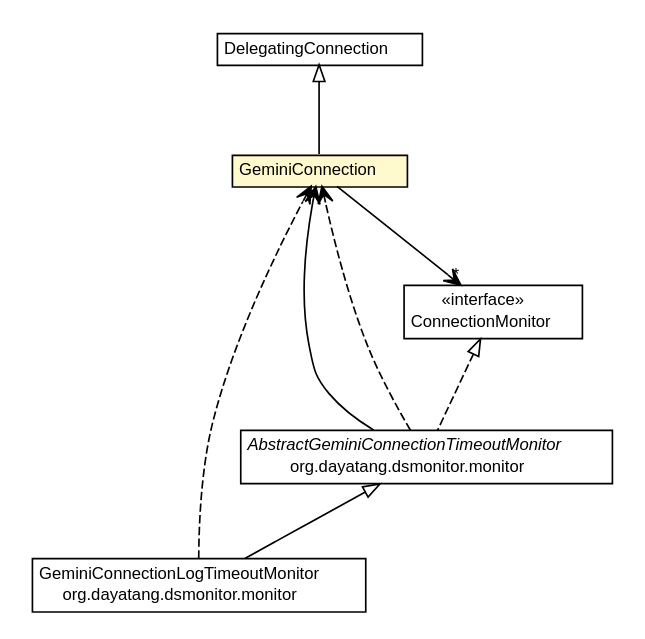
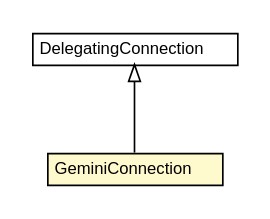
Before and after one commit to dayatang/dddlib: the diagram in dddlib-datasource-monitor/apidocs/org/dayatang/dsmonitor/GeminiConnection.dot, drawn with Graphviz. The commit also changed 154 other files, not shown here.

```diff
--- a/dddlib-datasource-monitor/apidocs/org/dayatang/dsmonitor/GeminiConnection.dot
+++ b/dddlib-datasource-monitor/apidocs/org/dayatang/dsmonitor/GeminiConnection.dot
@@ -1,59 +1,26 @@
 #!/usr/local/bin/dot
 #
 # Class diagram 
 # Generated by UMLGraph version R5_6_6-8-g8d7759 (http://www.umlgraph.org/)
 #
 
 digraph G {
 	edge [fontname="Helvetica",fontsize=10,labelfontname="Helvetica",labelfontsize=10];
 	node [fontname="Helvetica",fontsize=10,shape=plaintext];
 	nodesep=0.25;
 	ranksep=0.5;
 	// org.dayatang.dsmonitor.GeminiConnection
-	c79 [label=<<table title="org.dayatang.dsmonitor.GeminiConnection" border="0" cellborder="1" cellspacing="0" cellpadding="2" port="p" bgcolor="lemonChiffon" href="./GeminiConnection.html">
+	c57 [label=<<table title="org.dayatang.dsmonitor.GeminiConnection" border="0" cellborder="1" cellspacing="0" cellpadding="2" port="p" bgcolor="lemonChiffon" href="./GeminiConnection.html">
 		<tr><td><table border="0" cellspacing="0" cellpadding="1">
 <tr><td align="center" balign="center"> GeminiConnection </td></tr>
 		</table></td></tr>
 		</table>>, URL="./GeminiConnection.html", fontname="Helvetica", fontcolor="black", fontsize=10.0];
 	// org.dayatang.dsmonitor.DelegatingConnection
-	c81 [label=<<table title="org.dayatang.dsmonitor.DelegatingConnection" border="0" cellborder="1" cellspacing="0" cellpadding="2" port="p" href="./DelegatingConnection.html">
+	c59 [label=<<table title="org.dayatang.dsmonitor.DelegatingConnection" border="0" cellborder="1" cellspacing="0" cellpadding="2" port="p" href="./DelegatingConnection.html">
 		<tr><td><table border="0" cellspacing="0" cellpadding="1">
 <tr><td align="center" balign="center"> DelegatingConnection </td></tr>
 		</table></td></tr>
 		</table>>, URL="./DelegatingConnection.html", fontname="Helvetica", fontcolor="black", fontsize=10.0];
-	// org.dayatang.dsmonitor.ConnectionMonitor
-	c82 [label=<<table title="org.dayatang.dsmonitor.ConnectionMonitor" border="0" cellborder="1" cellspacing="0" cellpadding="2" port="p" href="./ConnectionMonitor.html">
-		<tr><td><table border="0" cellspacing="0" cellpadding="1">
-<tr><td align="center" balign="center"> &#171;interface&#187; </td></tr>
-<tr><td align="center" balign="center"> ConnectionMonitor </td></tr>
-		</table></td></tr>
-		</table>>, URL="./ConnectionMonitor.html", fontname="Helvetica", fontcolor="black", fontsize=10.0];
-	// org.dayatang.dsmonitor.monitor.GeminiConnectionLogTimeoutMonitor
-	c83 [label=<<table title="org.dayatang.dsmonitor.monitor.GeminiConnectionLogTimeoutMonitor" border="0" cellborder="1" cellspacing="0" cellpadding="2" port="p" href="./monitor/GeminiConnectionLogTimeoutMonitor.html">
-		<tr><td><table border="0" cellspacing="0" cellpadding="1">
-<tr><td align="center" balign="center"> GeminiConnectionLogTimeoutMonitor </td></tr>
-<tr><td align="center" balign="center"> org.dayatang.dsmonitor.monitor </td></tr>
-		</table></td></tr>
-		</table>>, URL="./monitor/GeminiConnectionLogTimeoutMonitor.html", fontname="Helvetica", fontcolor="black", fontsize=10.0];
-	// org.dayatang.dsmonitor.monitor.AbstractGeminiConnectionTimeoutMonitor
-	c84 [label=<<table title="org.dayatang.dsmonitor.monitor.AbstractGeminiConnectionTimeoutMonitor" border="0" cellborder="1" cellspacing="0" cellpadding="2" port="p" href="./monitor/AbstractGeminiConnectionTimeoutMonitor.html">
-		<tr><td><table border="0" cellspacing="0" cellpadding="1">
-<tr><td align="center" balign="center"><font face="Helvetica-Oblique"> AbstractGeminiConnectionTimeoutMonitor </font></td></tr>
-<tr><td align="center" balign="center"> org.dayatang.dsmonitor.monitor </td></tr>
-		</table></td></tr>
-		</table>>, URL="./monitor/AbstractGeminiConnectionTimeoutMonitor.html", fontname="Helvetica", fontcolor="black", fontsize=10.0];
 	//org.dayatang.dsmonitor.GeminiConnection extends org.dayatang.dsmonitor.DelegatingConnection
-	c81:p -> c79:p [dir=back,arrowtail=empty];
-	//org.dayatang.dsmonitor.monitor.GeminiConnectionLogTimeoutMonitor extends org.dayatang.dsmonitor.monitor.AbstractGeminiConnectionTimeoutMonitor
-	c84:p -> c83:p [dir=back,arrowtail=empty];
-	//org.dayatang.dsmonitor.monitor.AbstractGeminiConnectionTimeoutMonitor implements org.dayatang.dsmonitor.ConnectionMonitor
-	c82:p -> c84:p [dir=back,arrowtail=empty,style=dashed];
-	// org.dayatang.dsmonitor.GeminiConnection NAVASSOC org.dayatang.dsmonitor.ConnectionMonitor
-	c79:p -> c82:p [taillabel="", label=" "headlabel="*", fontname="Helvetica", fontcolor="black", fontsize=10.0, color="black", arrowhead=open];
-	// org.dayatang.dsmonitor.monitor.AbstractGeminiConnectionTimeoutMonitor NAVASSOC org.dayatang.dsmonitor.GeminiConnection
-	c84:p -> c79:p [taillabel="", label=" "headlabel="*", fontname="Helvetica", fontcolor="black", fontsize=10.0, color="black", arrowhead=open];
-	// org.dayatang.dsmonitor.monitor.GeminiConnectionLogTimeoutMonitor DEPEND org.dayatang.dsmonitor.GeminiConnection
-	c83:p -> c79:p [taillabel="", label=" "headlabel="", fontname="Helvetica", fontcolor="black", fontsize=10.0, color="black", arrowhead=open, style=dashed];
-	// org.dayatang.dsmonitor.monitor.AbstractGeminiConnectionTimeoutMonitor DEPEND org.dayatang.dsmonitor.GeminiConnection
-	c84:p -> c79:p [taillabel="", label=" "headlabel="", fontname="Helvetica", fontcolor="black", fontsize=10.0, color="black", arrowhead=open, style=dashed];
+	c59:p -> c57:p [dir=back,arrowtail=empty];
 }
```
